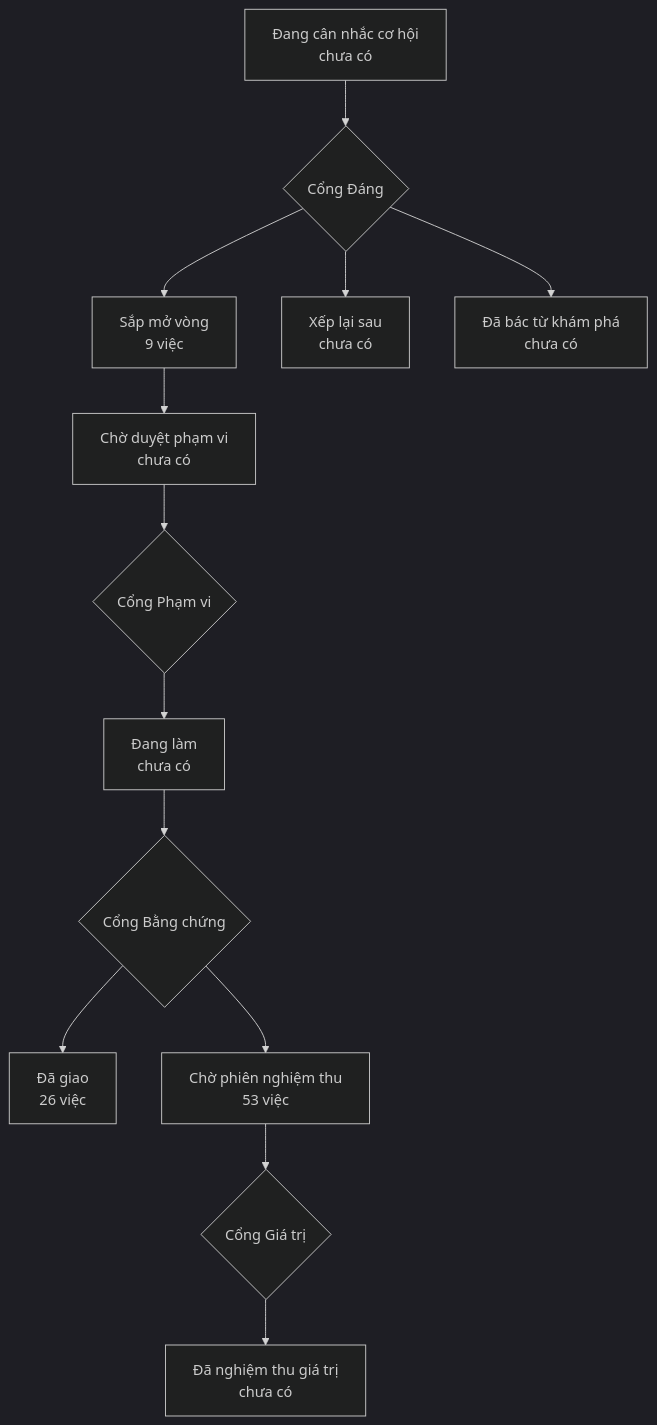
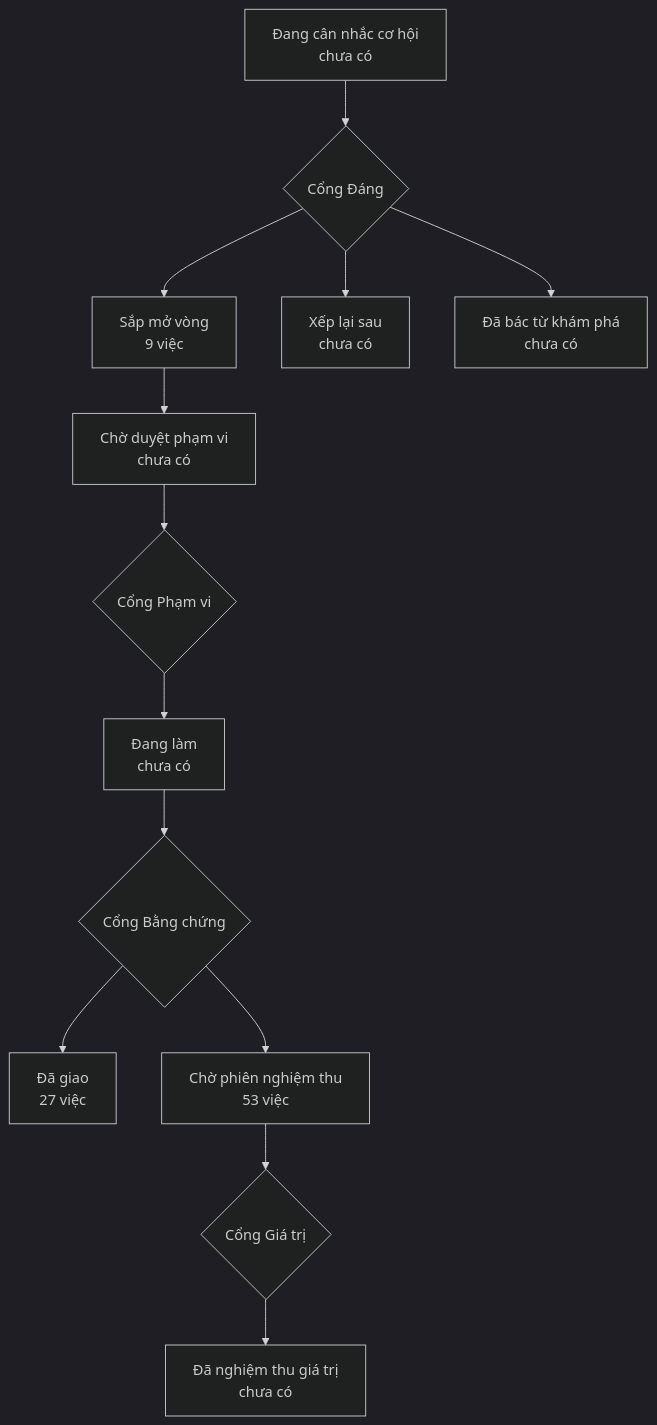
One commit to phanlemanh/onehub-inventory changed the diagram in PRODUCT-MAP.md. Above: the diagram before and after it, drawn with Mermaid (dark theme). The commit also changed other lines of this file and 4 other files, not shown here.

````diff
--- a/PRODUCT-MAP.md
+++ b/PRODUCT-MAP.md
@@ -7,12 +7,12 @@
 ```mermaid
 flowchart TD
   A["Đang cân nhắc cơ hội<br/>chưa có"] --> GD{"Cổng Đáng"}
   GD --> B["Sắp mở vòng<br/>9 việc"]
   GD --> XL["Xếp lại sau<br/>chưa có"]
   GD --> DB["Đã bác từ khám phá<br/>chưa có"]
   B --> CD["Chờ duyệt phạm vi<br/>chưa có"] --> GP{"Cổng Phạm vi"}
   GP --> DL["Đang làm<br/>chưa có"] --> GB{"Cổng Bằng chứng"}
-  GB --> DG["Đã giao<br/>26 việc"]
+  GB --> DG["Đã giao<br/>27 việc"]
   GB --> CN["Chờ phiên nghiệm thu<br/>53 việc"] --> GG{"Cổng Giá trị"}
   GG --> NT["Đã nghiệm thu giá trị<br/>chưa có"]
 ```
````
